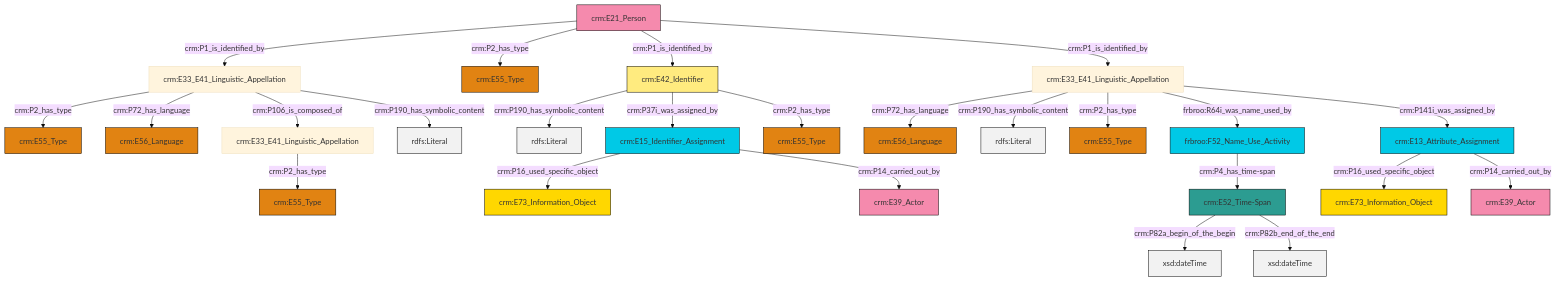
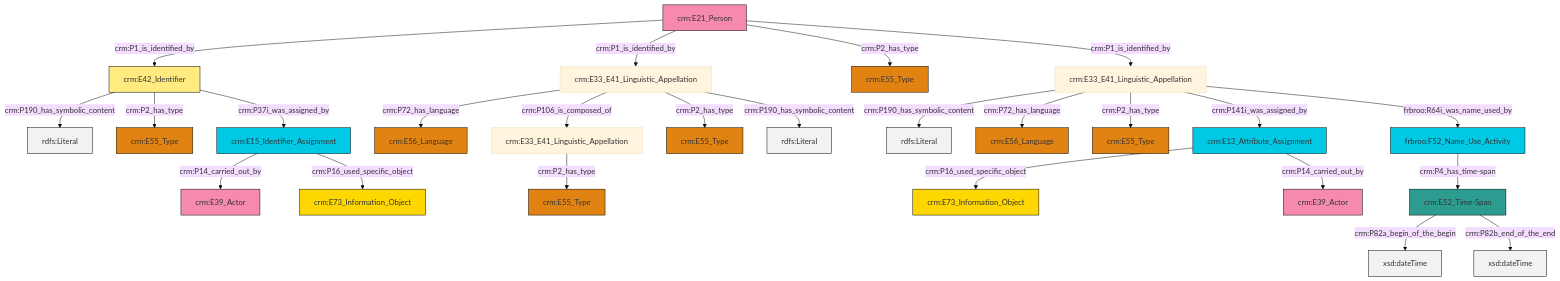
The diagram in et/personCSV/ttl/mmd/Person_Names_and_Classification.ttl.mmd (swiss-art-research-net/reference-data-models), drawn with Mermaid (base theme) before and after one commit. The commit also changed 131 other files, not shown here.

```diff
--- a/et/personCSV/ttl/mmd/Person_Names_and_Classification.ttl.mmd
+++ b/et/personCSV/ttl/mmd/Person_Names_and_Classification.ttl.mmd
@@ -1,39 +1,39 @@
 graph TD
 classDef Literal fill:#f2f2f2,stroke:#000000;
 classDef CRM_Entity fill:#FFFFFF,stroke:#000000;
 classDef Temporal_Entity fill:#00C9E6, stroke:#000000;
 classDef Type fill:#E18312, stroke:#000000;
 classDef Time-Span fill:#2C9C91, stroke:#000000;
 classDef Appellation fill:#FFEB7F, stroke:#000000;
 classDef Place fill:#008836, stroke:#000000;
 classDef Persistent_Item fill:#B266B2, stroke:#000000;
 classDef Conceptual_Object fill:#FFD700, stroke:#000000;
 classDef Physical_Thing fill:#D2B48C, stroke:#000000;
 classDef Actor fill:#f58aad, stroke:#000000;
 classDef PC_Classes fill:#4ce600, stroke:#000000;
 classDef Multi fill:#cccccc,stroke:#000000;
 
-0["crm:E21_Person"]:::Actor -->|crm:P1_is_identified_by| 1["crm:E33_E41_Linguistic_Appellation"]:::Default
-2["crm:E13_Attribute_Assignment"]:::Temporal_Entity -->|crm:P16_used_specific_object| 3["crm:E73_Information_Object"]:::Conceptual_Object
-12["crm:E33_E41_Linguistic_Appellation"]:::Default -->|crm:P72_has_language| 13["crm:E56_Language"]:::Type
-2["crm:E13_Attribute_Assignment"]:::Temporal_Entity -->|crm:P14_carried_out_by| 17["crm:E39_Actor"]:::Actor
-0["crm:E21_Person"]:::Actor -->|crm:P2_has_type| 25["crm:E55_Type"]:::Type
-12["crm:E33_E41_Linguistic_Appellation"]:::Default -->|crm:P190_has_symbolic_content| 26[rdfs:Literal]:::Literal
-1["crm:E33_E41_Linguistic_Appellation"]:::Default -->|crm:P2_has_type| 20["crm:E55_Type"]:::Type
-33["crm:E42_Identifier"]:::Appellation -->|crm:P190_has_symbolic_content| 34[rdfs:Literal]:::Literal
-14["crm:E15_Identifier_Assignment"]:::Temporal_Entity -->|crm:P16_used_specific_object| 35["crm:E73_Information_Object"]:::Conceptual_Object
-12["crm:E33_E41_Linguistic_Appellation"]:::Default -->|crm:P2_has_type| 22["crm:E55_Type"]:::Type
-0["crm:E21_Person"]:::Actor -->|crm:P1_is_identified_by| 33["crm:E42_Identifier"]:::Appellation
-10["crm:E33_E41_Linguistic_Appellation"]:::Default -->|crm:P2_has_type| 4["crm:E55_Type"]:::Type
-39["crm:E52_Time-Span"]:::Time-Span -->|crm:P82a_begin_of_the_begin| 40[xsd:dateTime]:::Literal
-39["crm:E52_Time-Span"]:::Time-Span -->|crm:P82b_end_of_the_end| 41[xsd:dateTime]:::Literal
-1["crm:E33_E41_Linguistic_Appellation"]:::Default -->|crm:P72_has_language| 18["crm:E56_Language"]:::Type
-12["crm:E33_E41_Linguistic_Appellation"]:::Default -->|frbroo:R64i_was_name_used_by| 29["frbroo:F52_Name_Use_Activity"]:::Temporal_Entity
-1["crm:E33_E41_Linguistic_Appellation"]:::Default -->|crm:P106_is_composed_of| 10["crm:E33_E41_Linguistic_Appellation"]:::Default
-33["crm:E42_Identifier"]:::Appellation -->|crm:P37i_was_assigned_by| 14["crm:E15_Identifier_Assignment"]:::Temporal_Entity
-1["crm:E33_E41_Linguistic_Appellation"]:::Default -->|crm:P190_has_symbolic_content| 43[rdfs:Literal]:::Literal
-14["crm:E15_Identifier_Assignment"]:::Temporal_Entity -->|crm:P14_carried_out_by| 7["crm:E39_Actor"]:::Actor
-12["crm:E33_E41_Linguistic_Appellation"]:::Default -->|crm:P141i_was_assigned_by| 2["crm:E13_Attribute_Assignment"]:::Temporal_Entity
-33["crm:E42_Identifier"]:::Appellation -->|crm:P2_has_type| 27["crm:E55_Type"]:::Type
-0["crm:E21_Person"]:::Actor -->|crm:P1_is_identified_by| 12["crm:E33_E41_Linguistic_Appellation"]:::Default
-29["frbroo:F52_Name_Use_Activity"]:::Temporal_Entity -->|crm:P4_has_time-span| 39["crm:E52_Time-Span"]:::Time-Span
+0["crm:E21_Person"]:::Actor -->|crm:P1_is_identified_by| 1["crm:E42_Identifier"]:::Appellation
+2["crm:E33_E41_Linguistic_Appellation"]:::Default -->|crm:P190_has_symbolic_content| 3[rdfs:Literal]:::Literal
+2["crm:E33_E41_Linguistic_Appellation"]:::Default -->|crm:P72_has_language| 4["crm:E56_Language"]:::Type
+1["crm:E42_Identifier"]:::Appellation -->|crm:P190_has_symbolic_content| 5[rdfs:Literal]:::Literal
+2["crm:E33_E41_Linguistic_Appellation"]:::Default -->|crm:P2_has_type| 6["crm:E55_Type"]:::Type
+8["crm:E33_E41_Linguistic_Appellation"]:::Default -->|crm:P72_has_language| 9["crm:E56_Language"]:::Type
+12["crm:E52_Time-Span"]:::Time-Span -->|crm:P82a_begin_of_the_begin| 13[xsd:dateTime]:::Literal
+8["crm:E33_E41_Linguistic_Appellation"]:::Default -->|crm:P106_is_composed_of| 14["crm:E33_E41_Linguistic_Appellation"]:::Default
+0["crm:E21_Person"]:::Actor -->|crm:P1_is_identified_by| 8["crm:E33_E41_Linguistic_Appellation"]:::Default
+1["crm:E42_Identifier"]:::Appellation -->|crm:P2_has_type| 15["crm:E55_Type"]:::Type
+14["crm:E33_E41_Linguistic_Appellation"]:::Default -->|crm:P2_has_type| 20["crm:E55_Type"]:::Type
+0["crm:E21_Person"]:::Actor -->|crm:P2_has_type| 21["crm:E55_Type"]:::Type
+2["crm:E33_E41_Linguistic_Appellation"]:::Default -->|crm:P141i_was_assigned_by| 25["crm:E13_Attribute_Assignment"]:::Temporal_Entity
+8["crm:E33_E41_Linguistic_Appellation"]:::Default -->|crm:P2_has_type| 26["crm:E55_Type"]:::Type
+32["crm:E15_Identifier_Assignment"]:::Temporal_Entity -->|crm:P14_carried_out_by| 34["crm:E39_Actor"]:::Actor
+32["crm:E15_Identifier_Assignment"]:::Temporal_Entity -->|crm:P16_used_specific_object| 10["crm:E73_Information_Object"]:::Conceptual_Object
+1["crm:E42_Identifier"]:::Appellation -->|crm:P37i_was_assigned_by| 32["crm:E15_Identifier_Assignment"]:::Temporal_Entity
+25["crm:E13_Attribute_Assignment"]:::Temporal_Entity -->|crm:P16_used_specific_object| 18["crm:E73_Information_Object"]:::Conceptual_Object
+2["crm:E33_E41_Linguistic_Appellation"]:::Default -->|frbroo:R64i_was_name_used_by| 27["frbroo:F52_Name_Use_Activity"]:::Temporal_Entity
+0["crm:E21_Person"]:::Actor -->|crm:P1_is_identified_by| 2["crm:E33_E41_Linguistic_Appellation"]:::Default
+8["crm:E33_E41_Linguistic_Appellation"]:::Default -->|crm:P190_has_symbolic_content| 43[rdfs:Literal]:::Literal
+12["crm:E52_Time-Span"]:::Time-Span -->|crm:P82b_end_of_the_end| 44[xsd:dateTime]:::Literal
+25["crm:E13_Attribute_Assignment"]:::Temporal_Entity -->|crm:P14_carried_out_by| 22["crm:E39_Actor"]:::Actor
+27["frbroo:F52_Name_Use_Activity"]:::Temporal_Entity -->|crm:P4_has_time-span| 12["crm:E52_Time-Span"]:::Time-Span
```
